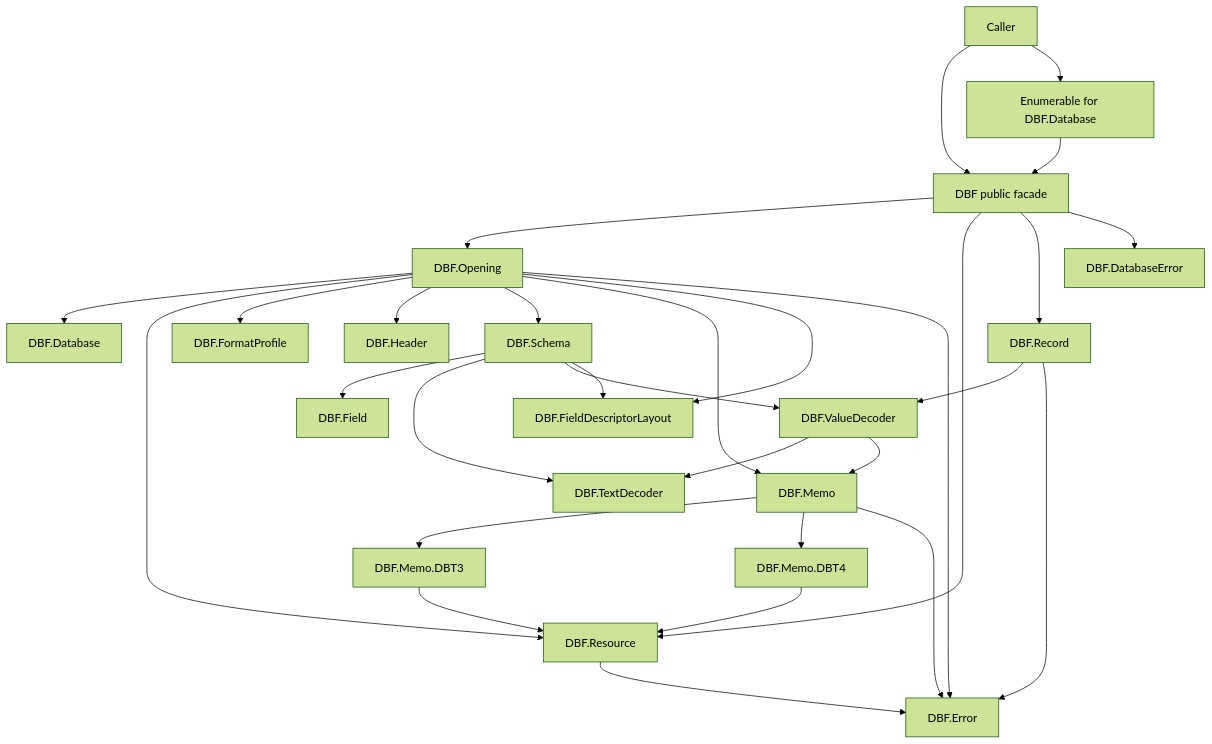
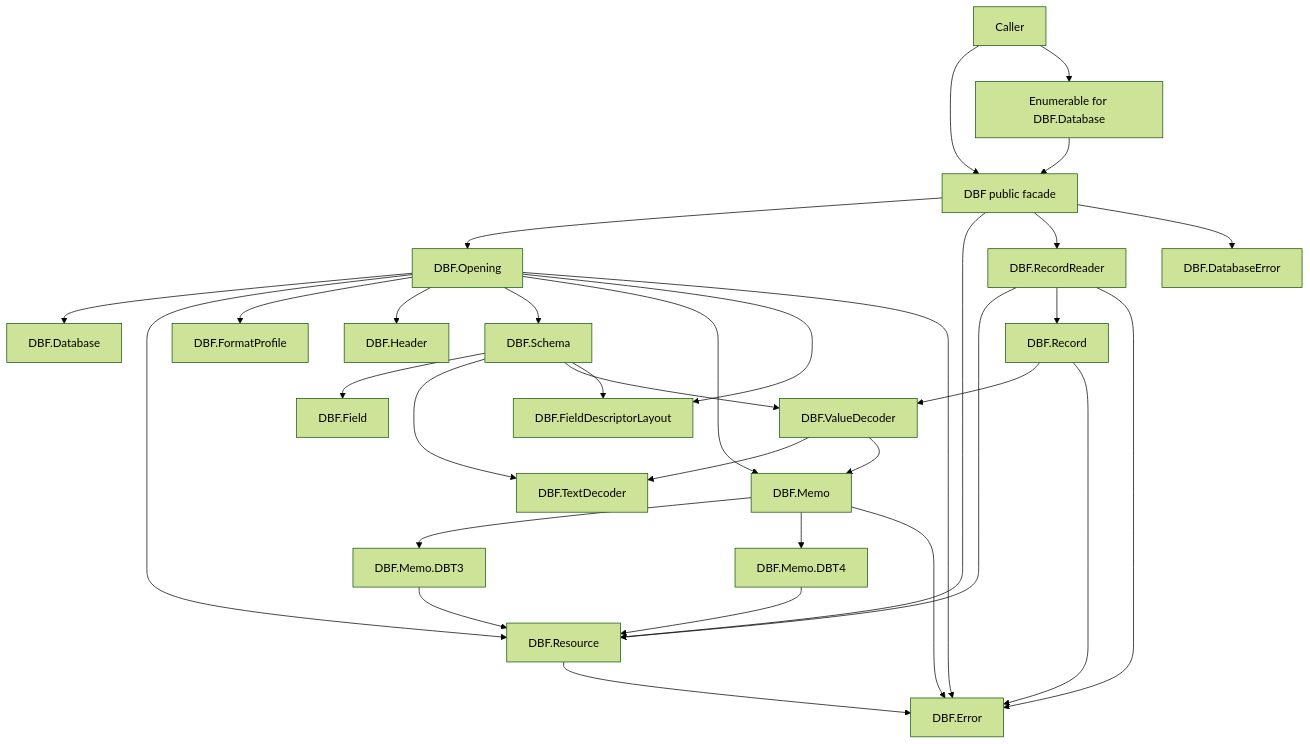
The first of 3 diagrams in docs/Architecture.md (JonGretar/DBFex), drawn with Mermaid (forest theme) before and after one commit. The commit also changed other lines of this file and 18 other files, not shown here.

````diff
--- a/docs/Architecture.md
+++ b/docs/Architecture.md
@@ -34,38 +35,41 @@
 ```mermaid
 flowchart TD
     Caller[Caller] --> Facade[DBF public facade]
     Caller --> Enumerable[Enumerable for DBF.Database]
     Enumerable --> Facade
 
     Facade --> Opening[DBF.Opening]
     Facade --> Resource[DBF.Resource]
-    Facade --> Record[DBF.Record]
+    Facade --> Reader[DBF.RecordReader]
     Opening --> Database[DBF.Database]
 
     Opening --> Resource
     Opening --> Profile[DBF.FormatProfile]
     Opening --> Header[DBF.Header]
     Opening --> Schema[DBF.Schema]
     Opening --> Memo[DBF.Memo]
     Opening --> Layout[DBF.FieldDescriptorLayout]
 
     Schema --> Field[DBF.Field]
     Schema --> Text[DBF.TextDecoder]
     Schema --> Values[DBF.ValueDecoder]
     Schema --> Layout
 
+    Reader --> Resource
+    Reader --> Record[DBF.Record]
     Record --> Values
     Values --> Text
     Values --> Memo
 
     Memo --> DBT3[DBF.Memo.DBT3]
     Memo --> DBT4[DBF.Memo.DBT4]
     DBT3 --> Resource
     DBT4 --> Resource
 
     Opening --> InternalError[DBF.Error]
+    Reader --> InternalError
     Record --> InternalError
     Resource --> InternalError
     Memo --> InternalError
     Facade --> PublicError[DBF.DatabaseError]
 ```
````
